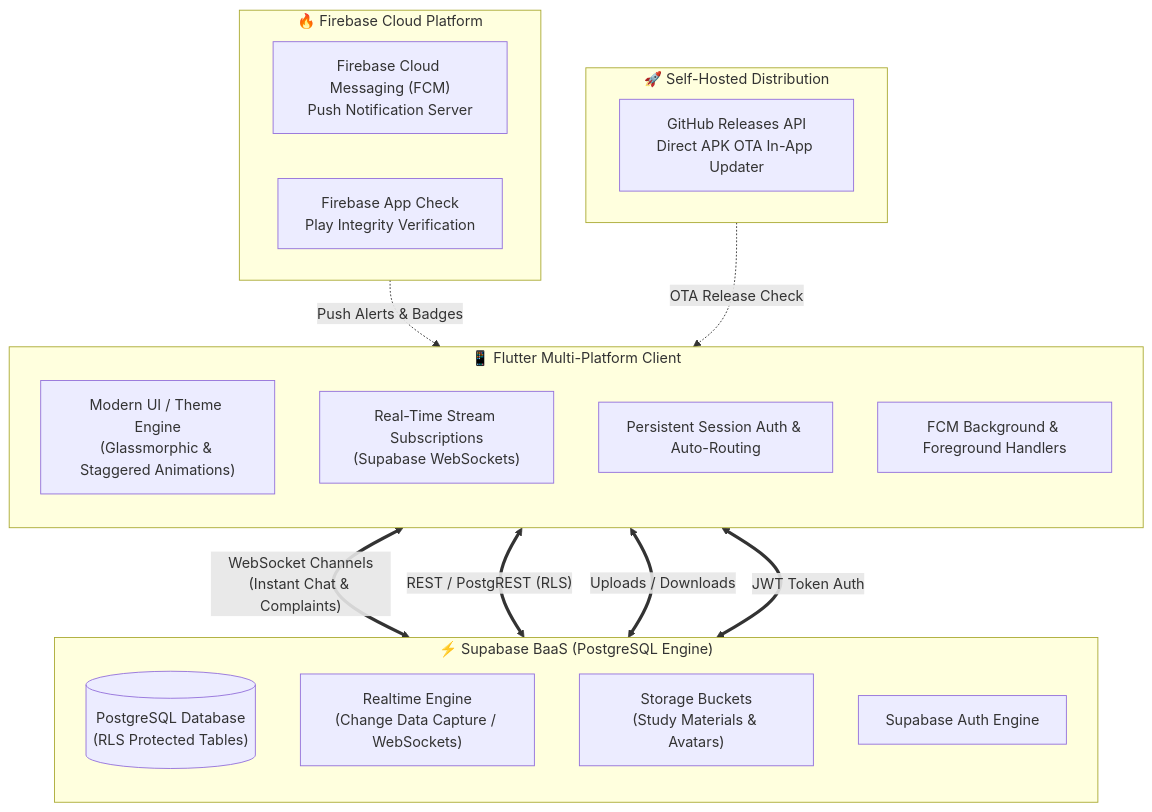
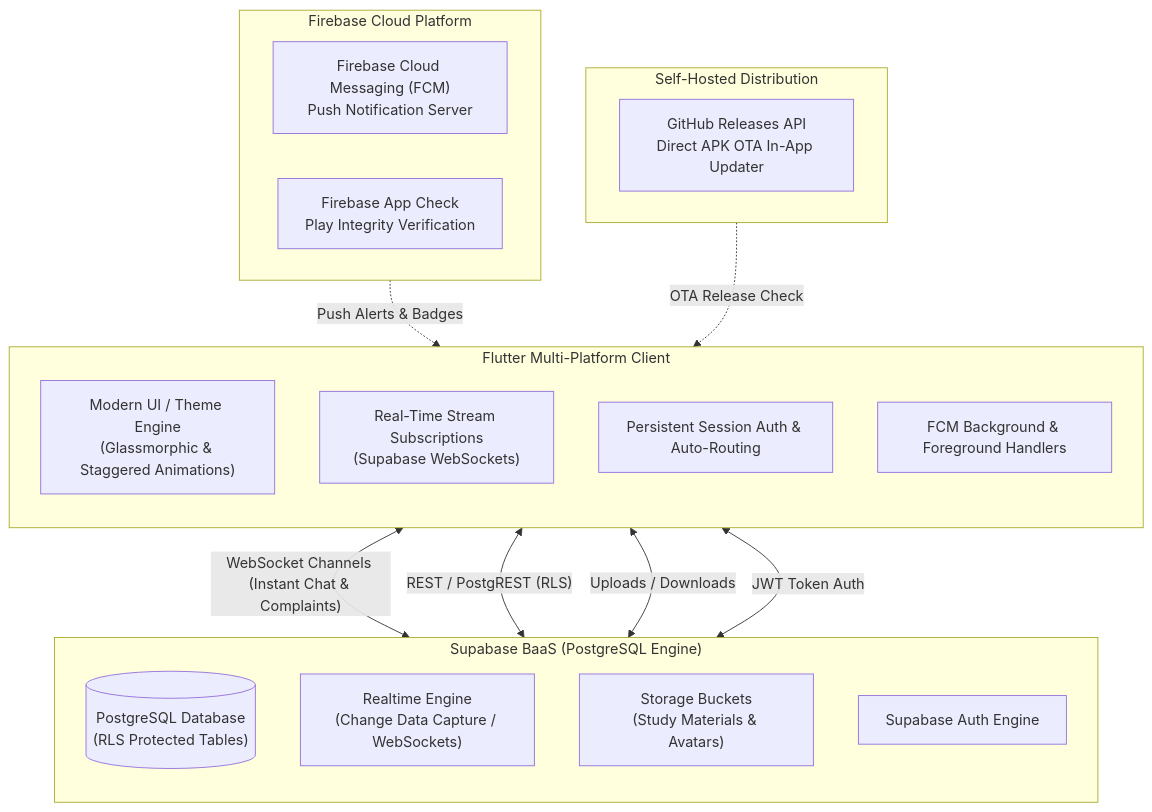
Before and after one commit to devdantic/Darvesh-Classes: the first of 4 diagrams in README.md, drawn with Mermaid. The commit also changed other lines of this file, not shown here.

````diff
--- a/README.md
+++ b/README.md
@@ -60,34 +60,34 @@
 ```mermaid
 flowchart TB
-    subgraph Client["📱 Flutter Multi-Platform Client"]
+    subgraph Client["Flutter Multi-Platform Client"]
         direction TB
         UI["Modern UI / Theme Engine<br/>(Glassmorphic & Staggered Animations)"]
         State["Real-Time Stream Subscriptions<br/>(Supabase WebSockets)"]
         AuthLayer["Persistent Session Auth & Auto-Routing"]
         FCMClient["FCM Background & Foreground Handlers"]
     end
 
-    subgraph SupabaseCloud["⚡ Supabase BaaS (PostgreSQL Engine)"]
+    subgraph SupabaseCloud["Supabase BaaS (PostgreSQL Engine)"]
         direction TB
         DB[("PostgreSQL Database<br/>(RLS Protected Tables)")]
         Realtime["Realtime Engine<br/>(Change Data Capture / WebSockets)"]
         Storage["Storage Buckets<br/>(Study Materials & Avatars)"]
         Auth["Supabase Auth Engine"]
     end
 
-    subgraph FirebaseCloud["🔥 Firebase Cloud Platform"]
+    subgraph FirebaseCloud["Firebase Cloud Platform"]
         FCM["Firebase Cloud Messaging (FCM)<br/>Push Notification Server"]
         AppCheck["Firebase App Check<br/>Play Integrity Verification"]
     end
 
-    subgraph Distribution["🚀 Self-Hosted Distribution"]
+    subgraph Distribution["Self-Hosted Distribution"]
         GH["GitHub Releases API<br/>Direct APK OTA In-App Updater"]
     end
 
-    Client <==>|"WebSocket Channels<br/>(Instant Chat & Complaints)"| Realtime
-    Client <==>|"REST / PostgREST (RLS)"| DB
-    Client <==>|"Uploads / Downloads"| Storage
-    Client <==>|"JWT Token Auth"| Auth
+    Client <-->|"WebSocket Channels (Instant Chat & Complaints)"| Realtime
+    Client <-->|"REST / PostgREST (RLS)"| DB
+    Client <-->|"Uploads / Downloads"| Storage
+    Client <-->|"JWT Token Auth"| Auth
     FirebaseCloud -.->|"Push Alerts & Badges"| FCMClient
     Distribution -.->|"OTA Release Check"| Client
 ```
````
